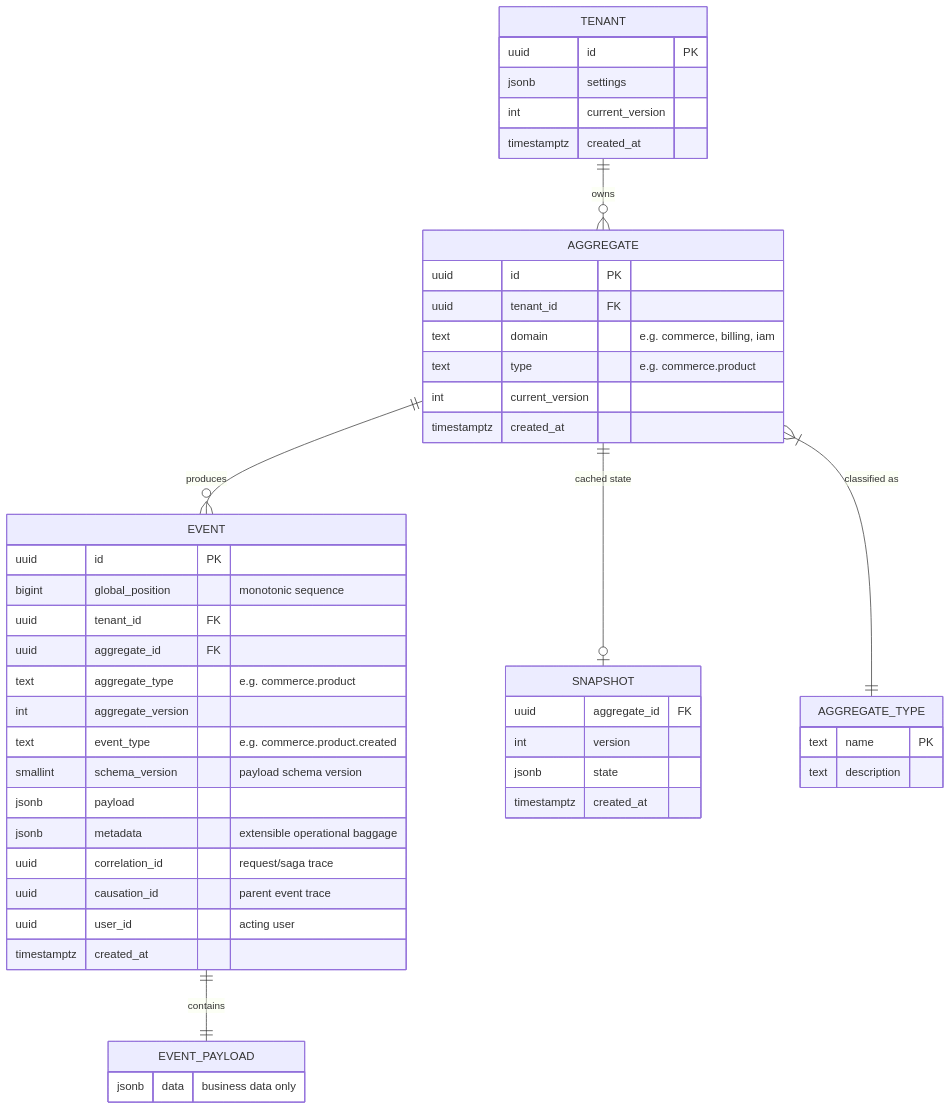
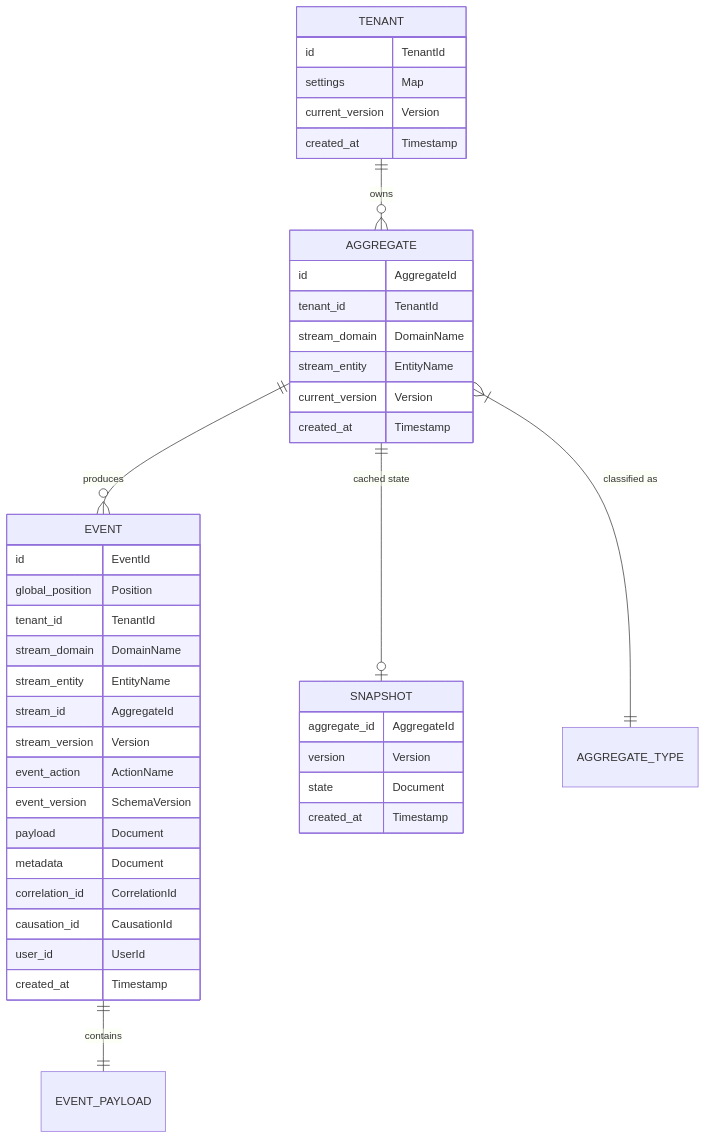
The second of 17 diagrams in .claude/.notes/Event-Driven-System.md (hlop3z/claude-ai-dangerous), drawn with Mermaid before and after one commit. The commit also changed other lines of this file, not shown here.

````diff
--- a/.claude/.notes/Event-Driven-System.md
+++ b/.claude/.notes/Event-Driven-System.md
@@ -22,57 +358,49 @@
 ```mermaid
 erDiagram
     TENANT ||--o{ AGGREGATE : owns
     AGGREGATE ||--o{ EVENT : produces
     AGGREGATE ||--o| SNAPSHOT : "cached state"
     EVENT ||--|| EVENT_PAYLOAD : contains
     AGGREGATE }|--|| AGGREGATE_TYPE : "classified as"
 
     TENANT {
-        uuid id PK
-        jsonb settings
-        int current_version
-        timestamptz created_at
+        id TenantId
+        settings Map
+        current_version Version
+        created_at Timestamp
     }
 
     AGGREGATE {
-        uuid id PK
-        uuid tenant_id FK
-        text domain "e.g. commerce, billing, iam"
-        text type "e.g. commerce.product"
-        int current_version
-        timestamptz created_at
+        id AggregateId
+        tenant_id TenantId
+        stream_domain DomainName
+        stream_entity EntityName
+        current_version Version
+        created_at Timestamp
     }
 
     EVENT {
-        uuid id PK
-        bigint global_position "monotonic sequence"
-        uuid tenant_id FK
-        uuid aggregate_id FK
-        text aggregate_type "e.g. commerce.product"
-        int aggregate_version
-        text event_type "e.g. commerce.product.created"
-        smallint schema_version "payload schema version"
-        jsonb payload
-        jsonb metadata "extensible operational baggage"
-        uuid correlation_id "request/saga trace"
-        uuid causation_id "parent event trace"
-        uuid user_id "acting user"
-        timestamptz created_at
+        id EventId
+        global_position Position
+        tenant_id TenantId
+        stream_domain DomainName
+        stream_entity EntityName
+        stream_id AggregateId
+        stream_version Version
+        event_action ActionName
+        event_version SchemaVersion
+        payload Document
+        metadata Document
+        correlation_id CorrelationId
+        causation_id CausationId
+        user_id UserId
+        created_at Timestamp
     }
 
     SNAPSHOT {
-        uuid aggregate_id FK
-        int version
-        jsonb state
-        timestamptz created_at
-    }
-
-    AGGREGATE_TYPE {
-        text name PK
-        text description
-    }
-
-    EVENT_PAYLOAD {
-        jsonb data "business data only"
+        aggregate_id AggregateId
+        version Version
+        state Document
+        created_at Timestamp
     }
 ```
````
